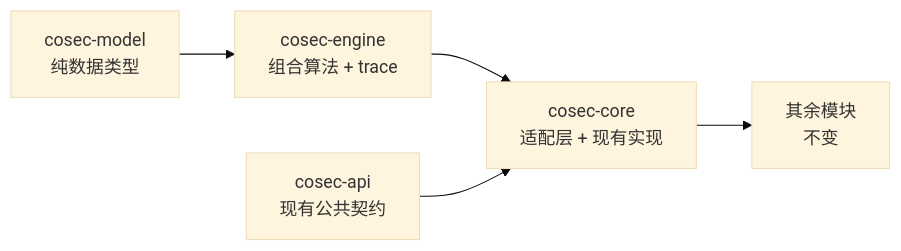
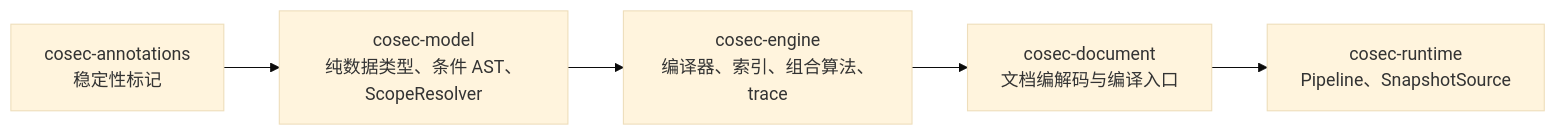
One commit to Ahoo-Wang/CoSec changed the diagram in docs/rfc/0002-pure-engine.md. Above: the diagram before and after it, drawn with Mermaid (base theme). The commit also changed other lines of this file and 2 other files, not shown here.

````diff
--- a/docs/rfc/0002-pure-engine.md
+++ b/docs/rfc/0002-pure-engine.md
@@ -79,12 +75,12 @@
 ```mermaid
 flowchart LR
-    MODEL[cosec-model<br>纯数据类型]
-    ENGINE[cosec-engine<br>组合算法 + trace]
-    API[cosec-api<br>现有公共契约]
-    CORE[cosec-core<br>适配层 + 现有实现]
-    REST[其余模块<br>不变]
+    ANN[cosec-annotations<br>稳定性标记]
+    MODEL[cosec-model<br>纯数据类型、条件 AST、ScopeResolver]
+    ENGINE[cosec-engine<br>编译器、索引、组合算法、trace]
+    DOC[cosec-document<br>文档编解码与编译入口]
+    RT[cosec-runtime<br>Pipeline、SnapshotSource]
+    ANN --> MODEL
     MODEL --> ENGINE
-    ENGINE --> CORE
-    API --> CORE
-    CORE --> REST
+    ENGINE --> DOC
+    DOC --> RT
 ```
````
